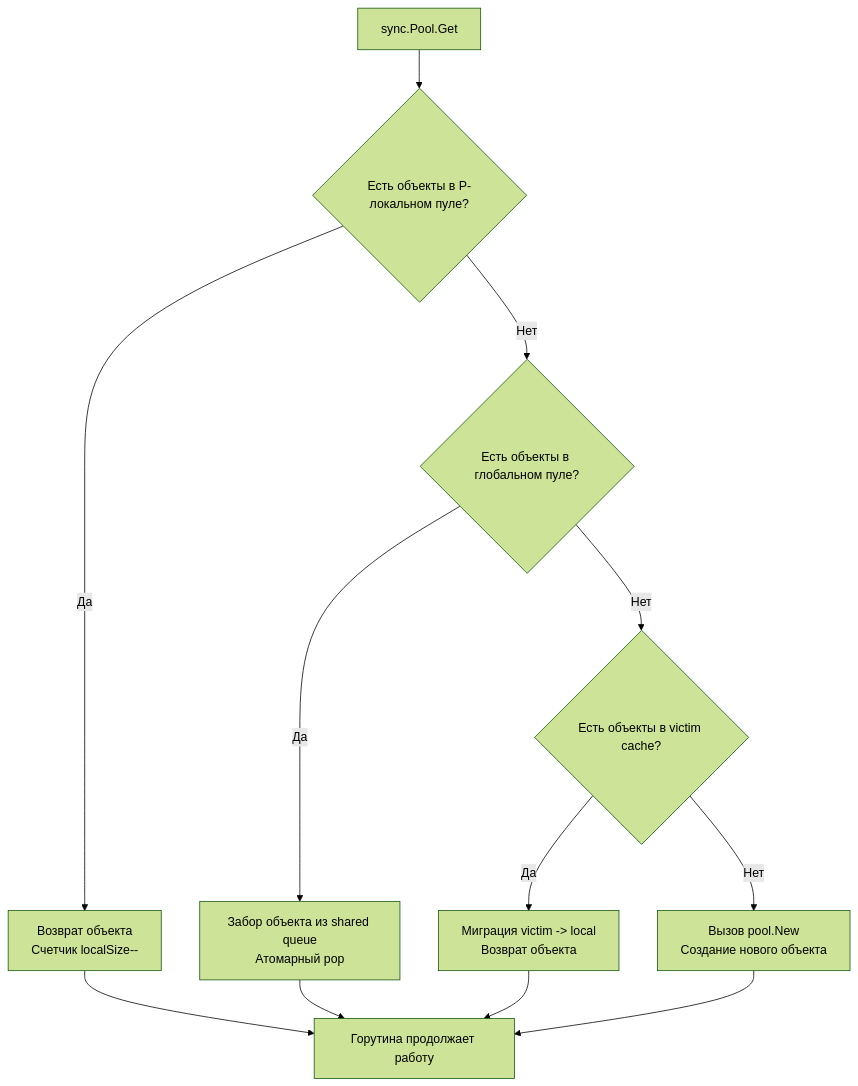
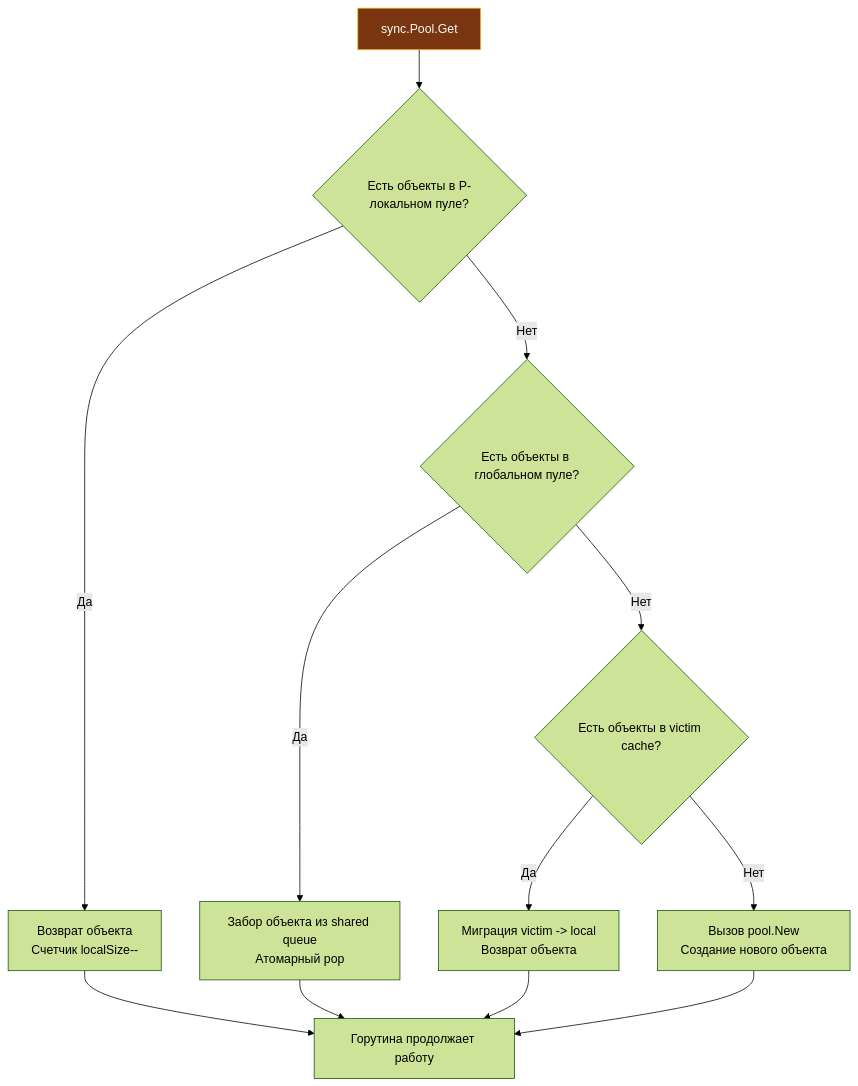
Before and after one commit to UnrealTemplier/go-textbook: the diagram in sources/6. Стандартная библиотека Go/21. sync_pool. Переиспользование объектов.md, drawn with Mermaid (forest theme). The commit also changed 1666 other files, not shown here.

First line of the commit message:
feat(mermaid): add semantic color classDef to 1369 colorless flowchart/graph diagrams

````diff
--- a/sources/6. Стандартная библиотека Go/21. sync_pool. Переиспользование объектов.md
+++ b/sources/6. Стандартная библиотека Go/21. sync_pool. Переиспользование объектов.md
@@ -16,14 +16,24 @@
 ```mermaid
 flowchart TD
-    A["sync.Pool.Get"] --> B{"Есть объекты в P-локальном пуле?"}
+    classDef process  fill:#1e293b,stroke:#38bdf8,stroke-width:1px,color:#f8fafc
+    classDef success  fill:#064e3b,stroke:#34d399,stroke-width:1px,color:#f8fafc
+    classDef error    fill:#7f1d1d,stroke:#f87171,stroke-width:1px,color:#f8fafc
+    classDef warning  fill:#78350f,stroke:#fbbf24,stroke-width:1px,color:#f8fafc
+    classDef entry    fill:#1e3a5f,stroke:#38bdf8,stroke-width:2px,color:#f8fafc
+    classDef aux      fill:#334155,stroke:#64748b,stroke-width:1px,color:#f8fafc
+    classDef system   fill:#312e81,stroke:#a78bfa,stroke-width:1px,color:#f8fafc
+    classDef data     fill:#132d29,stroke:#2dd4bf,stroke-width:1px,color:#f8fafc
+    classDef network  fill:#881337,stroke:#fb7185,stroke-width:1px,color:#f8fafc
+    classDef accent   fill:#1e1b4b,stroke:#818cf8,stroke-width:1px,color:#f8fafc
+    A["sync.Pool.Get"]:::warning --> B{"Есть объекты в P-локальном пуле?"}
     B -->|Да| C["Возврат объекта<br>Счетчик localSize--"]
     B -->|Нет| D{"Есть объекты в глобальном пуле?"}
     D -->|Да| E["Забор объекта из shared queue<br>Атомарный pop"]
     D -->|Нет| F{"Есть объекты в victim cache?"}
     F -->|Да| G["Миграция victim -> local<br>Возврат объекта"]
     F -->|Нет| H["Вызов pool.New<br>Создание нового объекта"]
     C --> I["Горутина продолжает работу"]
     E --> I
     G --> I
     H --> I
 ```
````
